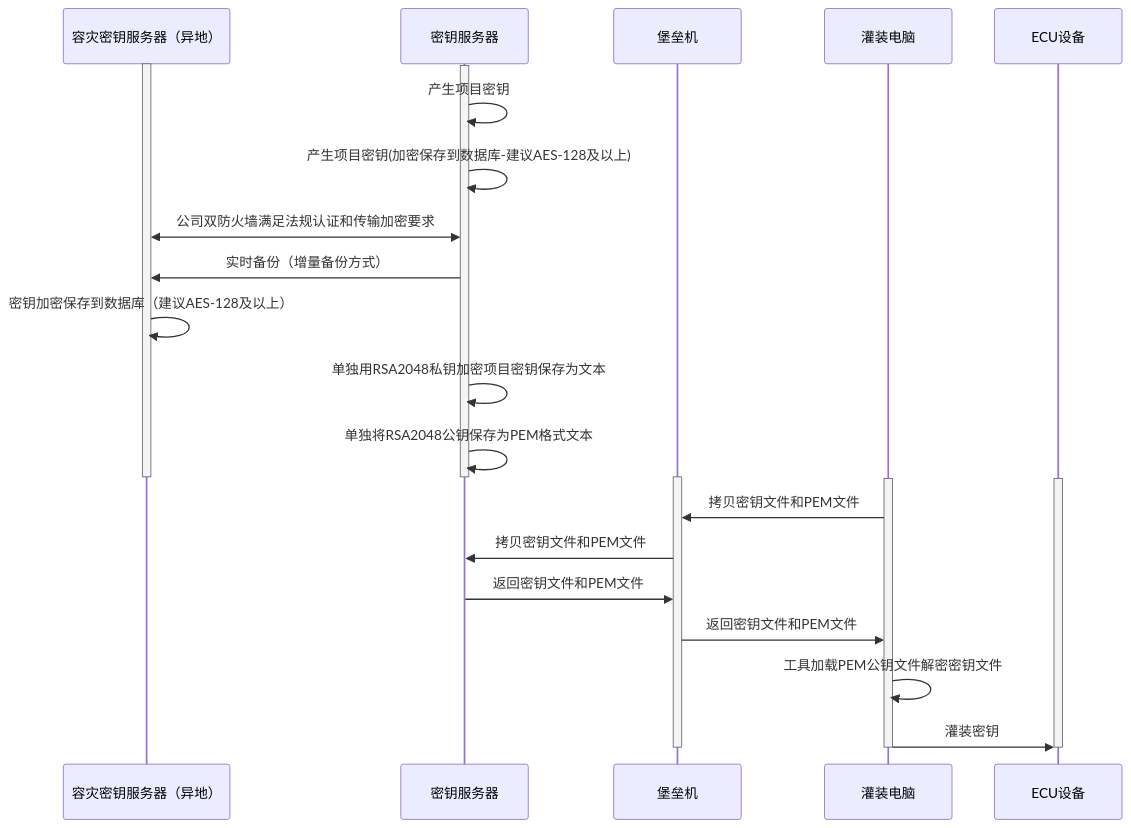
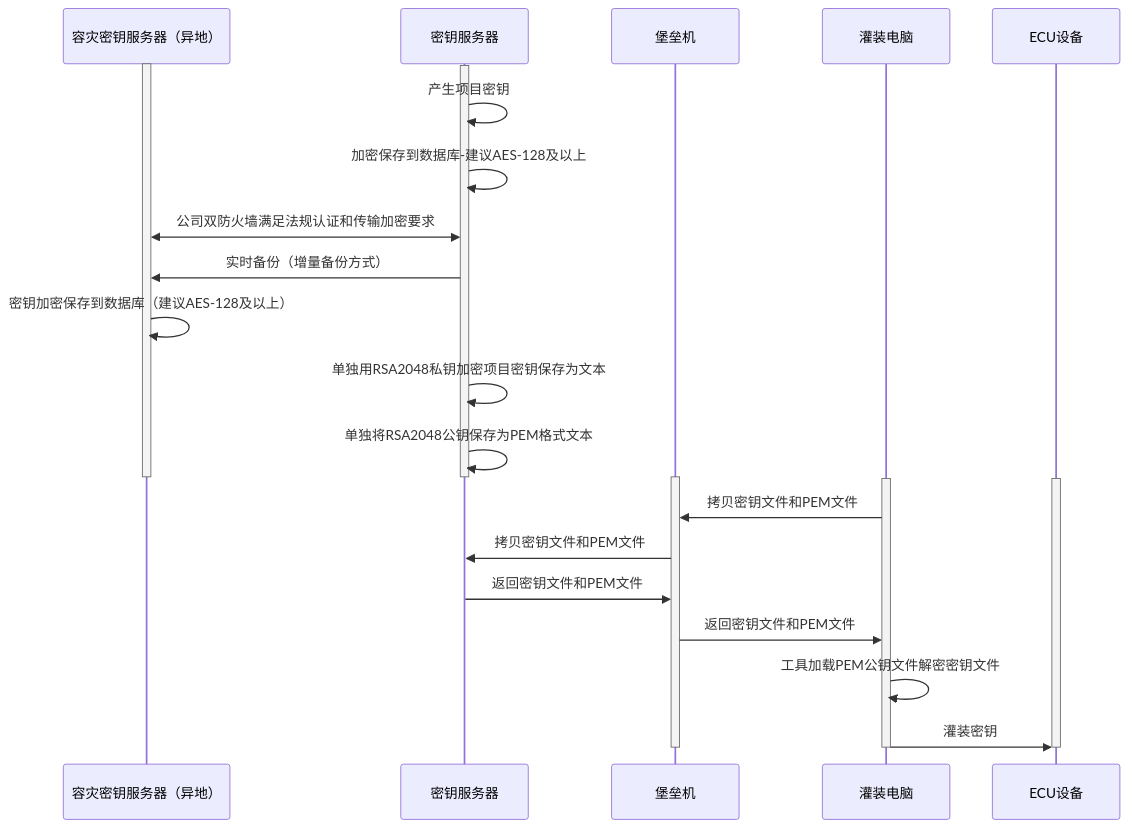
One commit to facebook-cloud/iodraw-files changed the diagram in all/未命名-15.md. Above: the diagram before and after it, drawn with Mermaid.

Commit message:
2026-02-07 14:14:12 update

````diff
--- a/all/未命名-15.md
+++ b/all/未命名-15.md
@@ -1,35 +1,35 @@
 ```mermaid
 sequenceDiagram
     participant A as 容灾密钥服务器（异地）
     participant B as 密钥服务器
     participant C as 堡垒机
     participant D as 灌装电脑
     participant E as ECU设备
 
     activate A
     activate B
     B->>B: 产生项目密钥
-    B->>B: 产生项目密钥(加密保存到数据库-建议AES-128及以上)
+    B->>B: 加密保存到数据库-建议AES-128及以上
     A<<->>B: 公司双防火墙满足法规认证和传输加密要求
     B->>A: 实时备份（增量备份方式）
     A->>A: 密钥加密保存到数据库（建议AES-128及以上）
     B->>B: 单独用RSA2048私钥加密项目密钥保存为文本
     B->>B: 单独将RSA2048公钥保存为PEM格式文本
     deactivate B
     deactivate A
 
     activate C
     activate D
     activate E
 
     D->>C: 拷贝密钥文件和PEM文件
     C->>B: 拷贝密钥文件和PEM文件
     B->>C: 返回密钥文件和PEM文件
     C->>D: 返回密钥文件和PEM文件
     D->>D:工具加载PEM公钥文件解密密钥文件
     D->>E: 灌装密钥
     deactivate C
     deactivate D
     deactivate E
 
 ```
````
